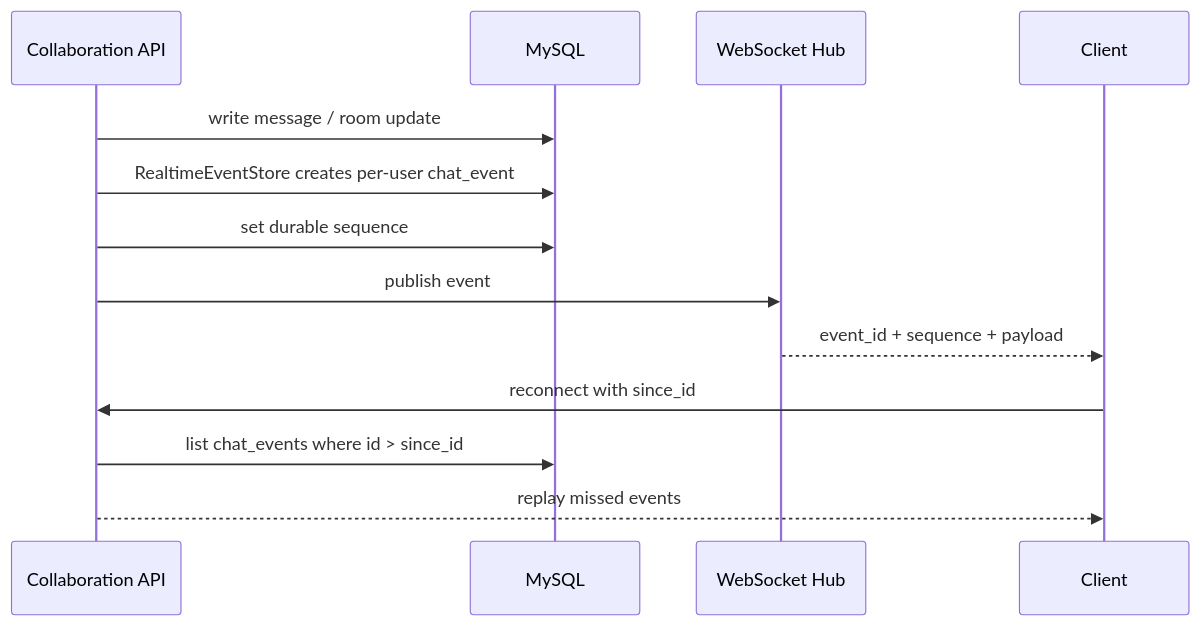
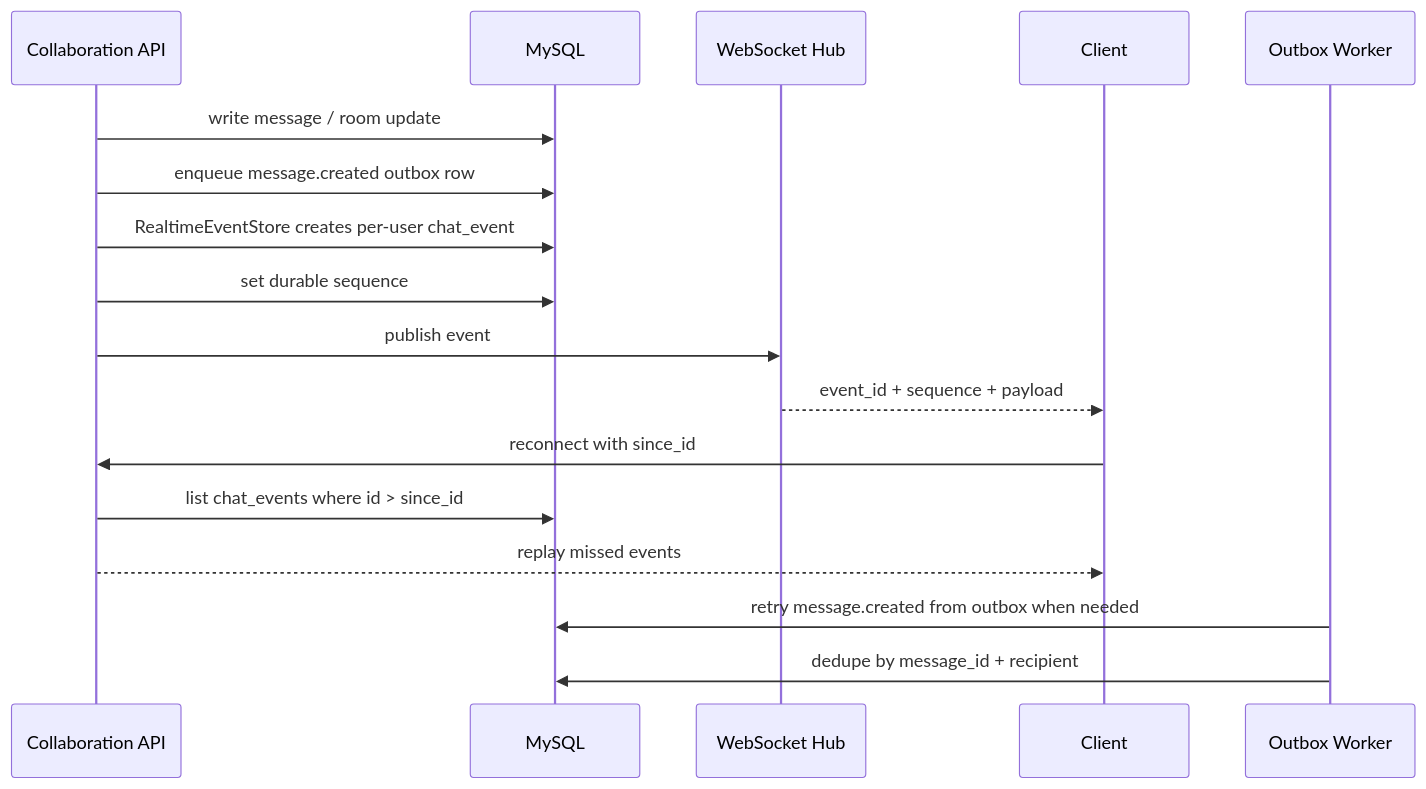
The second of 3 diagrams in docs/interview/system-design.md (XianingY/AllCallAll), drawn with Mermaid before and after one commit. The commit also changed other lines of this file and 8 other files, not shown here.

````diff
--- a/docs/interview/system-design.md
+++ b/docs/interview/system-design.md
@@ -53,16 +53,20 @@
 ```mermaid
 sequenceDiagram
     participant API as Collaboration API
     participant DB as MySQL
     participant Hub as WebSocket Hub
     participant Client as Client
+    participant Worker as Outbox Worker
 
     API->>DB: write message / room update
+    API->>DB: enqueue message.created outbox row
     API->>DB: RealtimeEventStore creates per-user chat_event
     API->>DB: set durable sequence
     API->>Hub: publish event
     Hub-->>Client: event_id + sequence + payload
     Client->>API: reconnect with since_id
     API->>DB: list chat_events where id > since_id
     API-->>Client: replay missed events
+    Worker->>DB: retry message.created from outbox when needed
+    Worker->>DB: dedupe by message_id + recipient
 ```
````
